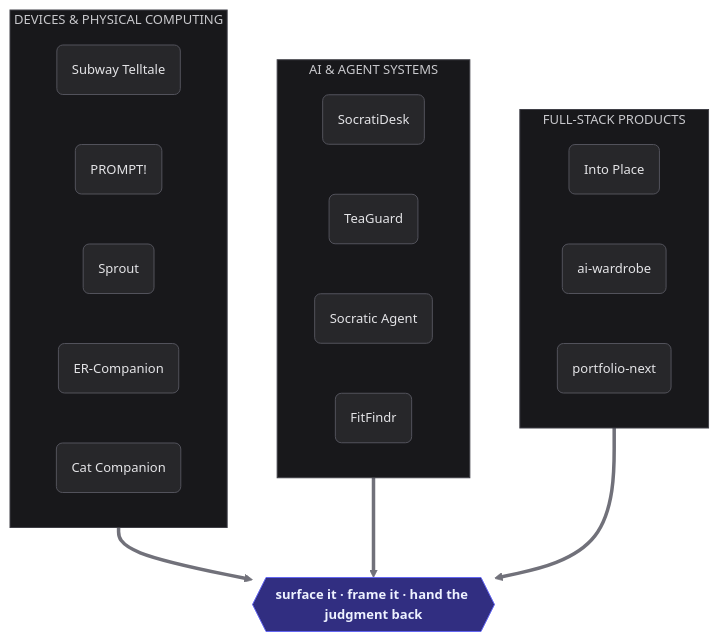
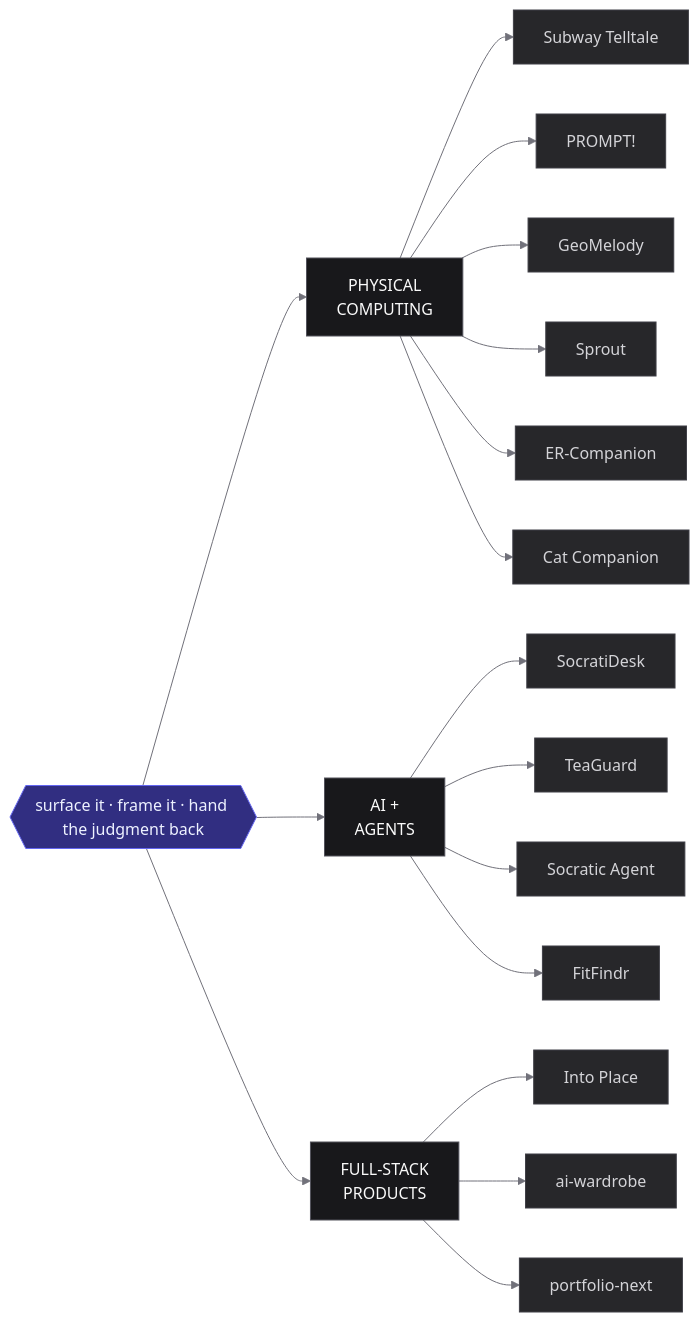
One commit to Daidai1031/daidai1031 changed the diagram in README.md. Above: the diagram before and after it, drawn with Mermaid. The commit also changed other lines of this file, not shown here.

````diff
--- a/README.md
+++ b/README.md
@@ -21,36 +22,29 @@
 ```mermaid
-%%{init: {'theme':'base','themeVariables':{'fontFamily':'ui-sans-serif, system-ui, sans-serif','fontSize':'13px','primaryColor':'#27272A','primaryTextColor':'#E4E4E7','primaryBorderColor':'#3F3F46','lineColor':'#71717A','clusterBkg':'#18181B','clusterBorder':'#3F3F46'}}}%%
-flowchart TB
-    subgraph DEV["　DEVICES & PHYSICAL COMPUTING　"]
-        direction LR
-        d1("Subway Telltale"):::n
-        d2("PROMPT!"):::n
-        d3("Sprout"):::n
-        d4("ER-Companion"):::n
-        d5("Cat Companion"):::n
-    end
-
-    subgraph AI["　AI & AGENT SYSTEMS　"]
-        direction LR
-        a1("SocratiDesk"):::n
-        a2("TeaGuard"):::n
-        a3("Socratic Agent"):::n
-        a4("FitFindr"):::n
-    end
-
-    subgraph WEB["　FULL-STACK PRODUCTS　"]
-        direction LR
-        w1("Into Place"):::n
-        w2("ai-wardrobe"):::n
-        w3("portfolio-next"):::n
-    end
-
-    DEV ==> T
-    AI ==> T
-    WEB ==> T
-
+%%{init: {'theme':'base','themeVariables':{'lineColor':'#71717A','primaryColor':'#27272A','primaryTextColor':'#E4E4E7','primaryBorderColor':'#3F3F46'}}}%%
+flowchart LR
     T{{"surface it · frame it · hand the judgment back"}}:::thesis
-
-    classDef n fill:#27272A,stroke:#52525B,color:#E4E4E7,rx:6,ry:6
-    classDef thesis fill:#312E81,stroke:#6366F1,color:#EEF2FF,font-weight:bold
+ 
+    T --> DEV["PHYSICAL<br/>COMPUTING"]:::cat
+    T --> AIS["AI +<br/>AGENTS"]:::cat
+    T --> WEB["FULL-STACK<br/>PRODUCTS"]:::cat
+ 
+    DEV --> d1["Subway Telltale"]:::n
+    DEV --> d2["PROMPT!"]:::n
+    DEV --> d3["GeoMelody"]:::n
+    DEV --> d4["Sprout"]:::n
+    DEV --> d5["ER-Companion"]:::n
+    DEV --> d6["Cat Companion"]:::n
+ 
+    AIS --> a1["SocratiDesk"]:::n
+    AIS --> a2["TeaGuard"]:::n
+    AIS --> a3["Socratic Agent"]:::n
+    AIS --> a4["FitFindr"]:::n
+ 
+    WEB --> w1["Into Place"]:::n
+    WEB --> w2["ai-wardrobe"]:::n
+    WEB --> w3["portfolio-next"]:::n
+ 
+    classDef thesis fill:#312E81,stroke:#6366F1,color:#EEF2FF
+    classDef cat fill:#18181B,stroke:#52525B,color:#FAFAFA
+    classDef n fill:#27272A,stroke:#3F3F46,color:#D4D4D8
 ```
````
